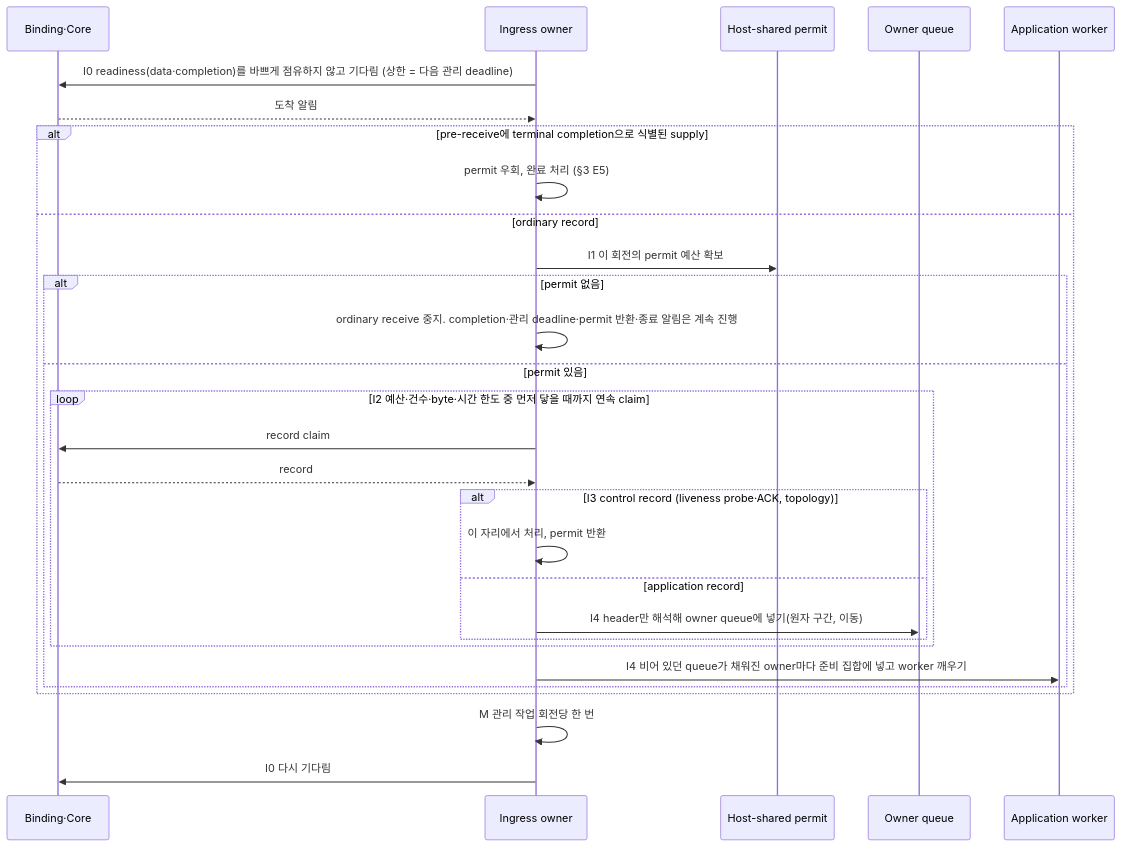
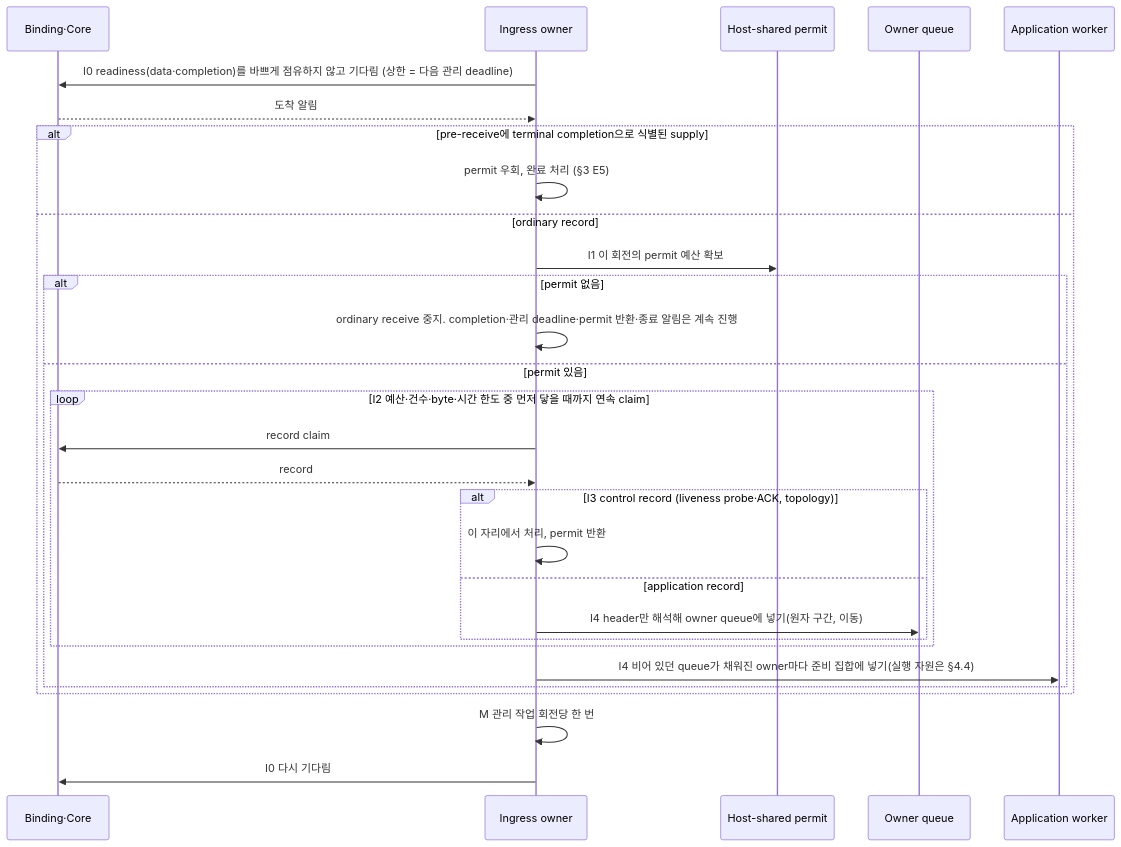
The second of 2 diagrams in framework/doc/framework/common/spec/server/01-execution/08-messaging-hot-path.ko.md (zlink-systems/zlink), drawn with Mermaid before and after one commit. The commit also changed other lines of this file and 3 other files, not shown here.

````diff
--- a/framework/doc/framework/common/spec/server/01-execution/08-messaging-hot-path.ko.md
+++ b/framework/doc/framework/common/spec/server/01-execution/08-messaging-hot-path.ko.md
@@ -142,32 +142,32 @@
 ```mermaid
 sequenceDiagram
     participant B as Binding·Core
     participant I as Ingress owner
     participant P as Host-shared permit
     participant Q as Owner queue
     participant W as Application worker
 
     I->>B: I0 readiness(data·completion)를 바쁘게 점유하지 않고 기다림 (상한 = 다음 관리 deadline)
     B-->>I: 도착 알림
     alt pre-receive에 terminal completion으로 식별된 supply
         I->>I: permit 우회, 완료 처리 (§3 E5)
     else ordinary record
         I->>P: I1 이 회전의 permit 예산 확보
         alt permit 없음
             I->>I: ordinary receive 중지. completion·관리 deadline·permit 반환·종료 알림은 계속 진행
         else permit 있음
             loop I2 예산·건수·byte·시간 한도 중 먼저 닿을 때까지 연속 claim
                 I->>B: record claim
                 B-->>I: record
                 alt I3 control record (liveness probe·ACK, topology)
                     I->>I: 이 자리에서 처리, permit 반환
                 else application record
                     I->>Q: I4 header만 해석해 owner queue에 넣기(원자 구간, 이동)
                 end
             end
-            I->>W: I4 비어 있던 queue가 채워진 owner마다 준비 집합에 넣고 worker 깨우기
+            I->>W: I4 비어 있던 queue가 채워진 owner마다 준비 집합에 넣기(실행 자원은 §4.4)
         end
     end
     I->>I: M 관리 작업 회전당 한 번
     I->>B: I0 다시 기다림
 ```
````
